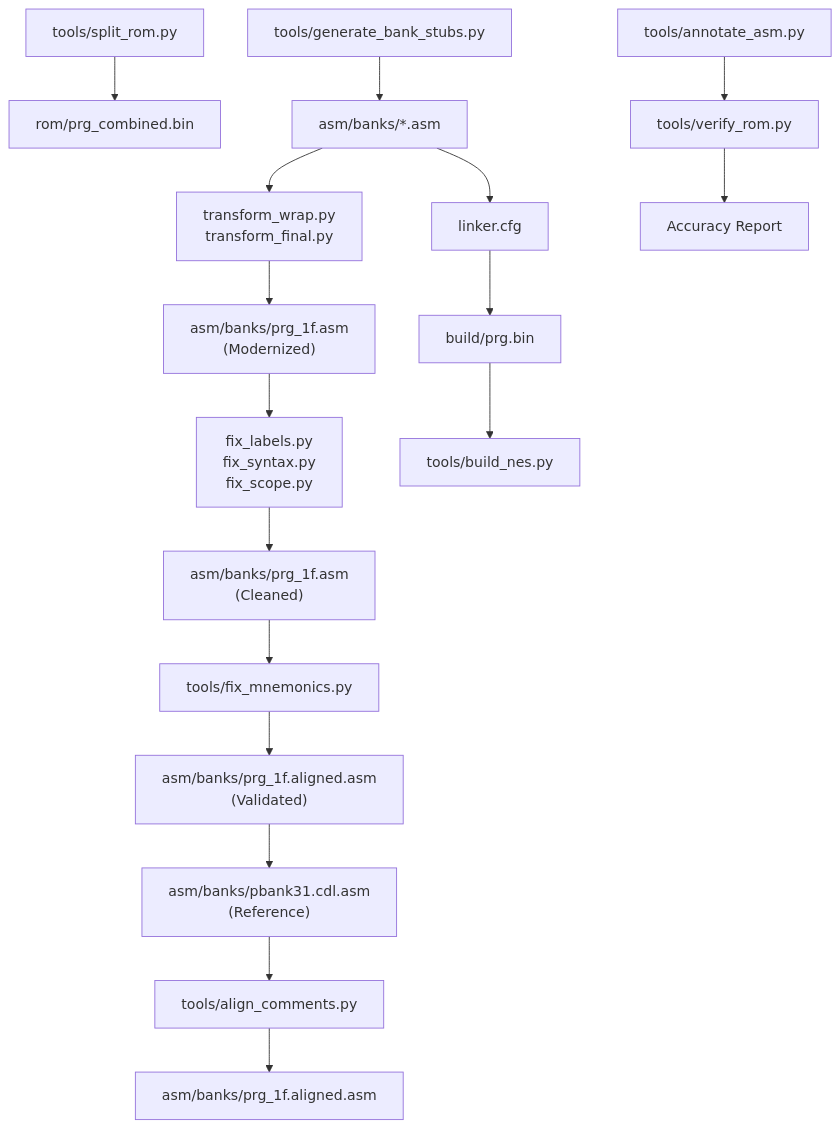
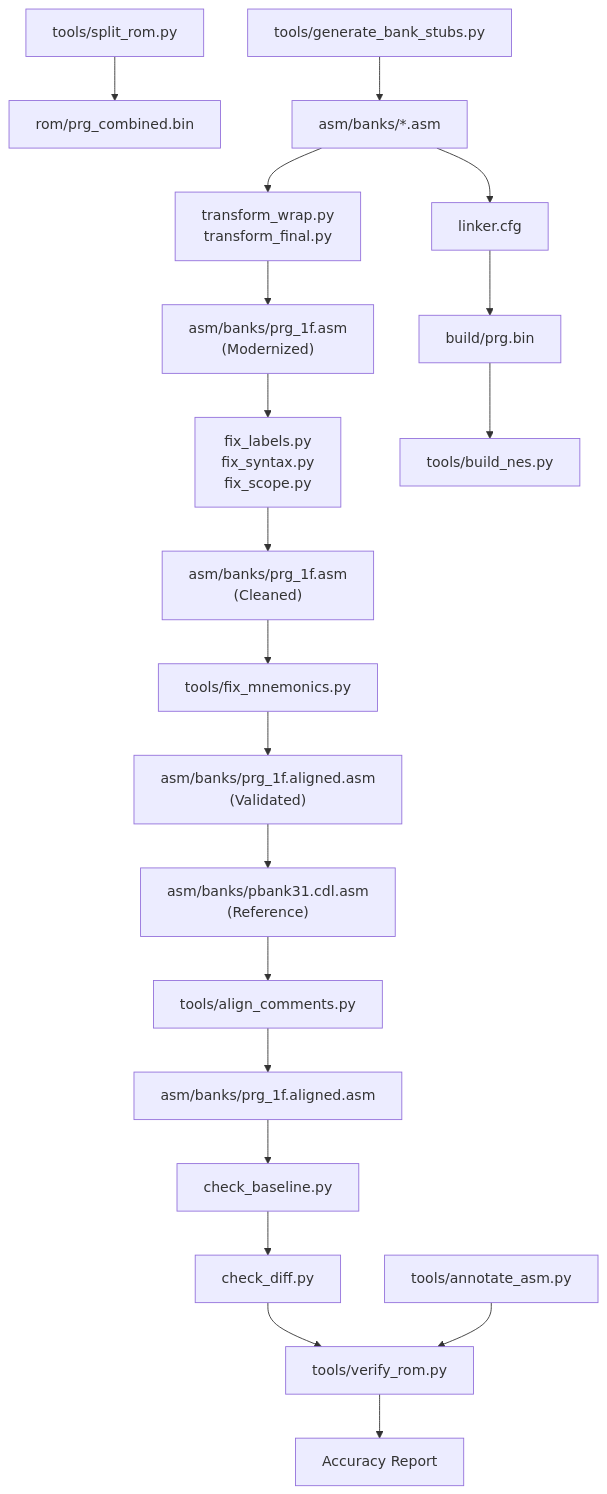
Before and after one commit to rabbyzero/sango2dasm: the fifth of 5 diagrams in .qoder/repowiki/en/content/Disassembly Workflow/Disassembly Workflow.md, drawn with Mermaid. The commit also changed other lines of this file and 15 other files, not shown here.

````diff
--- a/.qoder/repowiki/en/content/Disassembly Workflow/Disassembly Workflow.md
+++ b/.qoder/repowiki/en/content/Disassembly Workflow/Disassembly Workflow.md
@@ -476,19 +529,22 @@
 ```mermaid
 graph TB
 SPLIT["tools/split_rom.py"] --> BIN["rom/prg_combined.bin"]
 STUB["tools/generate_bank_stubs.py"] --> ASM["asm/banks/*.asm"]
 ASM --> TRANS["transform_wrap.py<br/>transform_final.py"]
 TRANS --> MOD["asm/banks/prg_1f.asm<br/>(Modernized)"]
 MOD --> FIX["fix_labels.py<br/>fix_syntax.py<br/>fix_scope.py"]
 FIX --> CLEAN["asm/banks/prg_1f.asm<br/>(Cleaned)"]
 CLEAN --> REF["tools/fix_mnemonics.py"]
 REF --> VALID["asm/banks/prg_1f.aligned.asm<br/>(Validated)"]
 VALID --> CDL["asm/banks/pbank31.cdl.asm<br/>(Reference)"]
 CDL --> ALIGN["tools/align_comments.py"]
 ALIGN --> ALIGNED["asm/banks/prg_1f.aligned.asm"]
+ALIGNED --> BASE["check_baseline.py"]
+BASE --> DIFF["check_diff.py"]
+DIFF --> VERIFY["tools/verify_rom.py"]
+VERIFY --> ACC["Accuracy Report"]
 ASM --> LINK["linker.cfg"]
 LINK --> OBJ["build/prg.bin"]
 OBJ --> NES["tools/build_nes.py"]
-ANNO["tools/annotate_asm.py"] --> VERIFY["tools/verify_rom.py"]
-VERIFY --> ACC["Accuracy Report"]
+ANNO["tools/annotate_asm.py"] --> VERIFY
 ```
````
